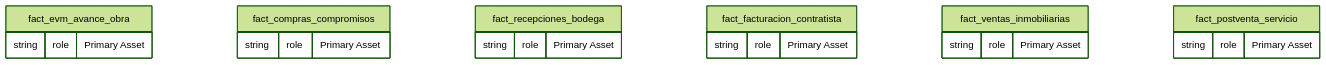
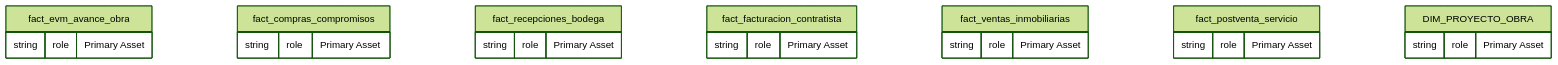
One commit to AlvaroAlejandroFinOps/SemanticFlow changed the first of 2 diagrams in artifacts/SemanticFlow/outputs/leadership_cockpit/santolaya/lenses/analytics_leader_lens.md. Above: the diagram before and after it, drawn with Mermaid (forest theme). The commit also changed other lines of this file and 115 other files, not shown here.

````diff
--- a/artifacts/SemanticFlow/outputs/leadership_cockpit/santolaya/lenses/analytics_leader_lens.md
+++ b/artifacts/SemanticFlow/outputs/leadership_cockpit/santolaya/lenses/analytics_leader_lens.md
@@ -27,21 +32,24 @@
 ```mermaid
 erDiagram
     fact_evm_avance_obra {
         string role "Primary Asset"
     }
     fact_compras_compromisos {
         string role "Primary Asset"
     }
     fact_recepciones_bodega {
         string role "Primary Asset"
     }
     fact_facturacion_contratista {
         string role "Primary Asset"
     }
     fact_ventas_inmobiliarias {
         string role "Primary Asset"
     }
     fact_postventa_servicio {
         string role "Primary Asset"
     }
+    DIM_PROYECTO_OBRA {
+        string role "Primary Asset"
+    }
 ```
````
